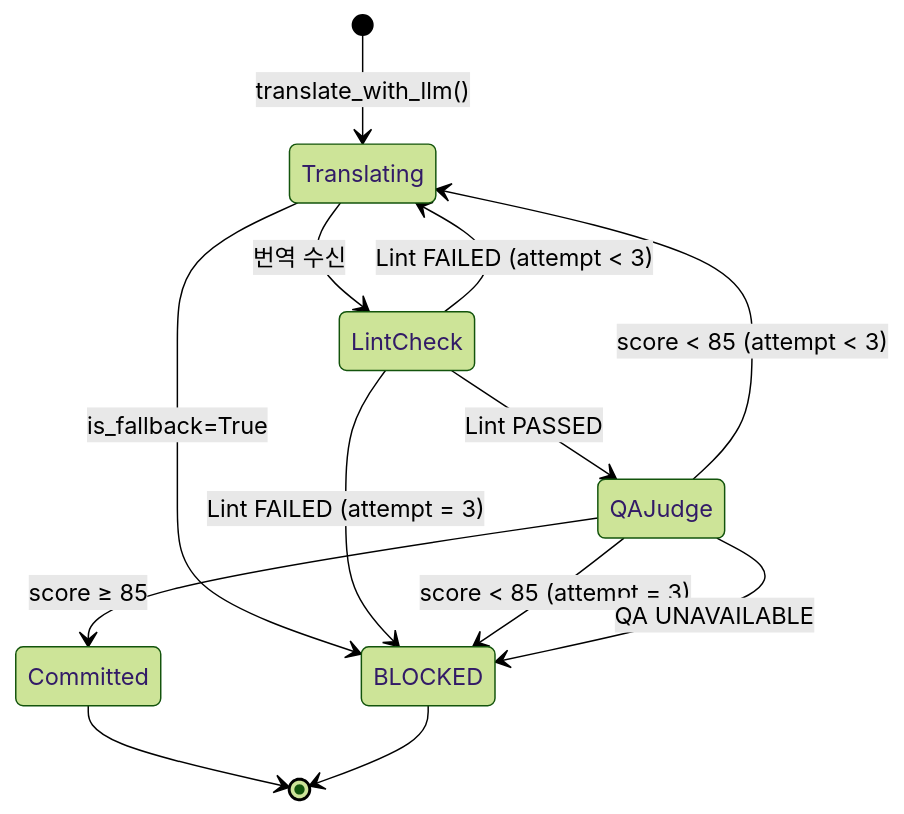
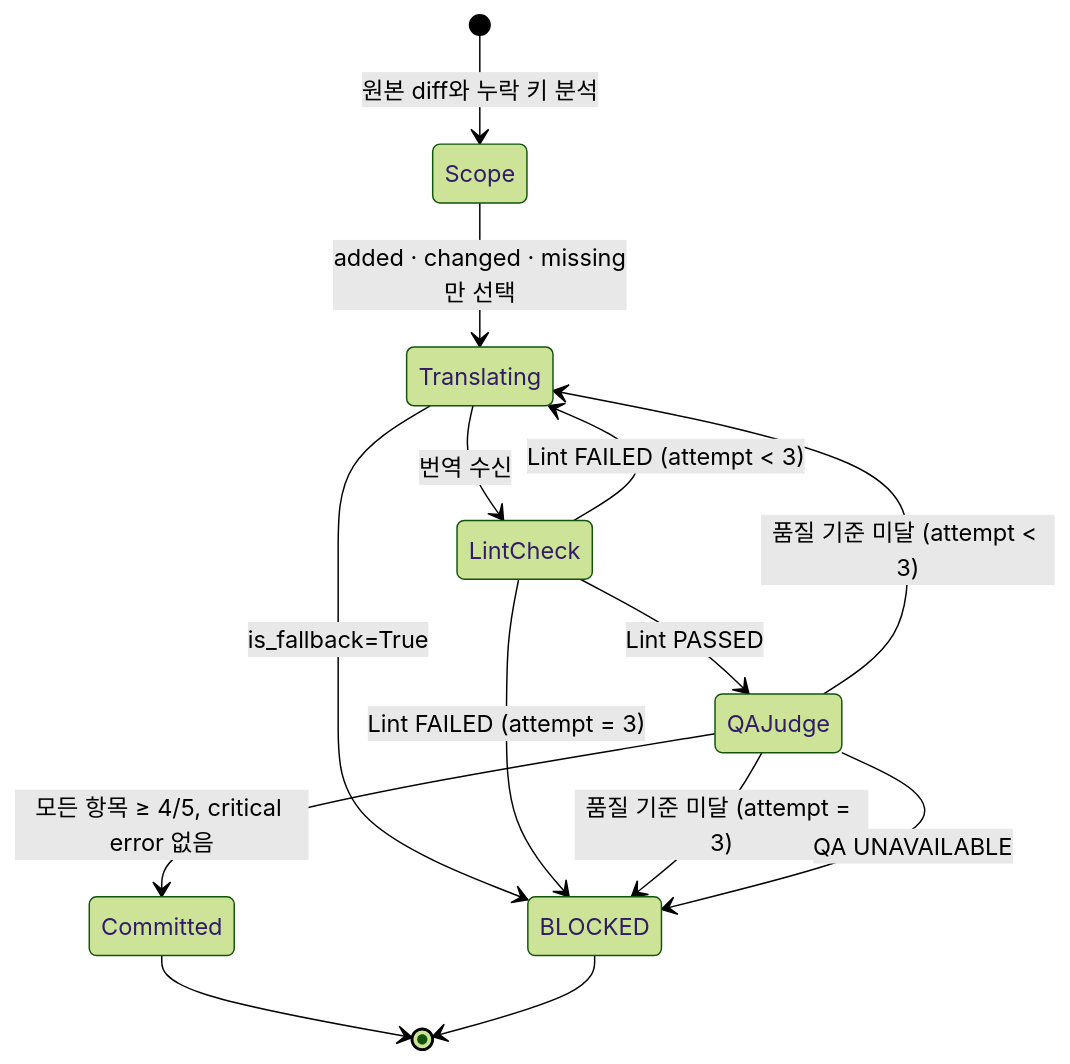
Before and after one commit to devcy0922/devcy0922.github.io: the second of 2 diagrams in docs/projects/lingo-agent.md, drawn with Mermaid (forest theme). The commit also changed other lines of this file and 5 other files, not shown here.

````diff
--- a/docs/projects/lingo-agent.md
+++ b/docs/projects/lingo-agent.md
@@ -54,18 +56,19 @@
 ```mermaid
 stateDiagram-v2
-    [*] --> Translating : translate_with_llm()
+    [*] --> Scope : 원본 diff와 누락 키 분석
+    Scope --> Translating : added · changed · missing만 선택
     Translating --> LintCheck : 번역 수신
     Translating --> BLOCKED : is_fallback=True
 
     LintCheck --> QAJudge : Lint PASSED
     LintCheck --> Translating : Lint FAILED (attempt < 3)
     LintCheck --> BLOCKED : Lint FAILED (attempt = 3)
 
-    QAJudge --> Committed : score ≥ 85
-    QAJudge --> Translating : score < 85 (attempt < 3)
-    QAJudge --> BLOCKED : score < 85 (attempt = 3)
+    QAJudge --> Committed : 모든 항목 ≥ 4/5, critical error 없음
+    QAJudge --> Translating : 품질 기준 미달 (attempt < 3)
+    QAJudge --> BLOCKED : 품질 기준 미달 (attempt = 3)
     QAJudge --> BLOCKED : QA UNAVAILABLE
 
     Committed --> [*]
     BLOCKED --> [*]
 ```
````
